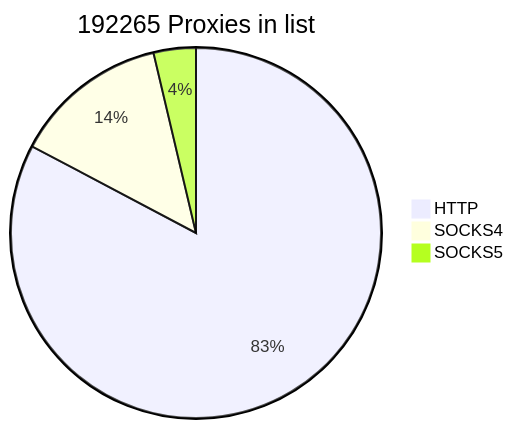
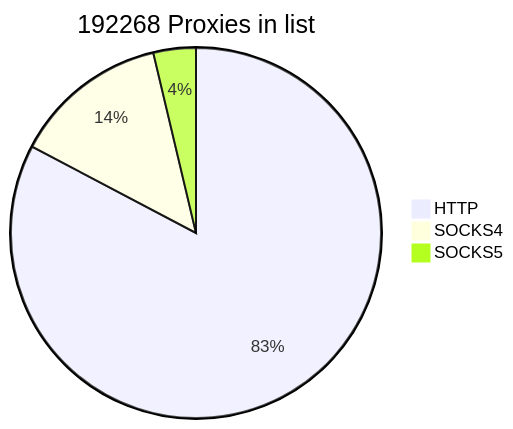
The first of 2 diagrams in README.md (cutipu/proxylist), drawn with Mermaid before and after one commit. The commit also changed other lines of this file, not shown here.

````diff
--- a/README.md
+++ b/README.md
@@ -2,7 +2,7 @@
 ```mermaid
-pie title 192265 Proxies in list
-    "HTTP" : 159074
+pie title 192268 Proxies in list
+    "HTTP" : 159043
     "SOCKS4" : 26100
-    "SOCKS5" : 7091
+    "SOCKS5" : 7125
             
 ```
````
